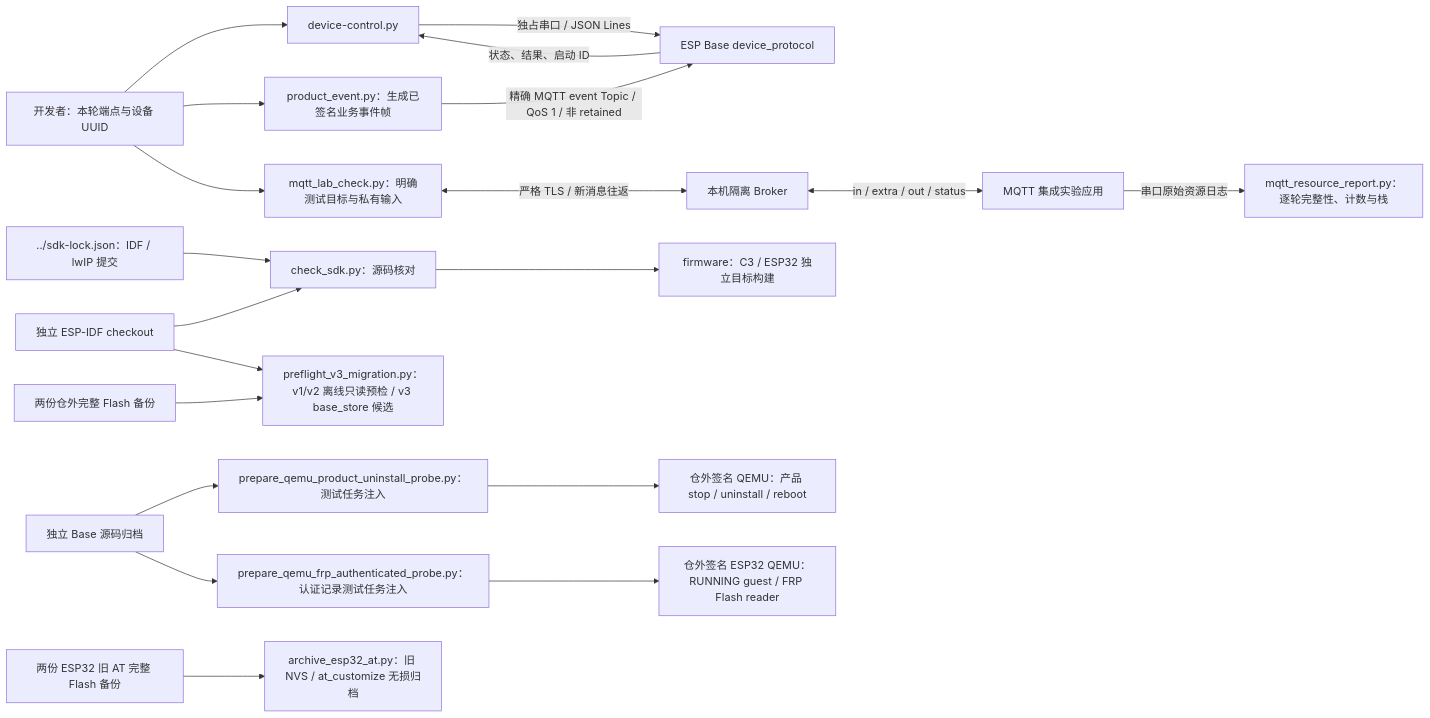
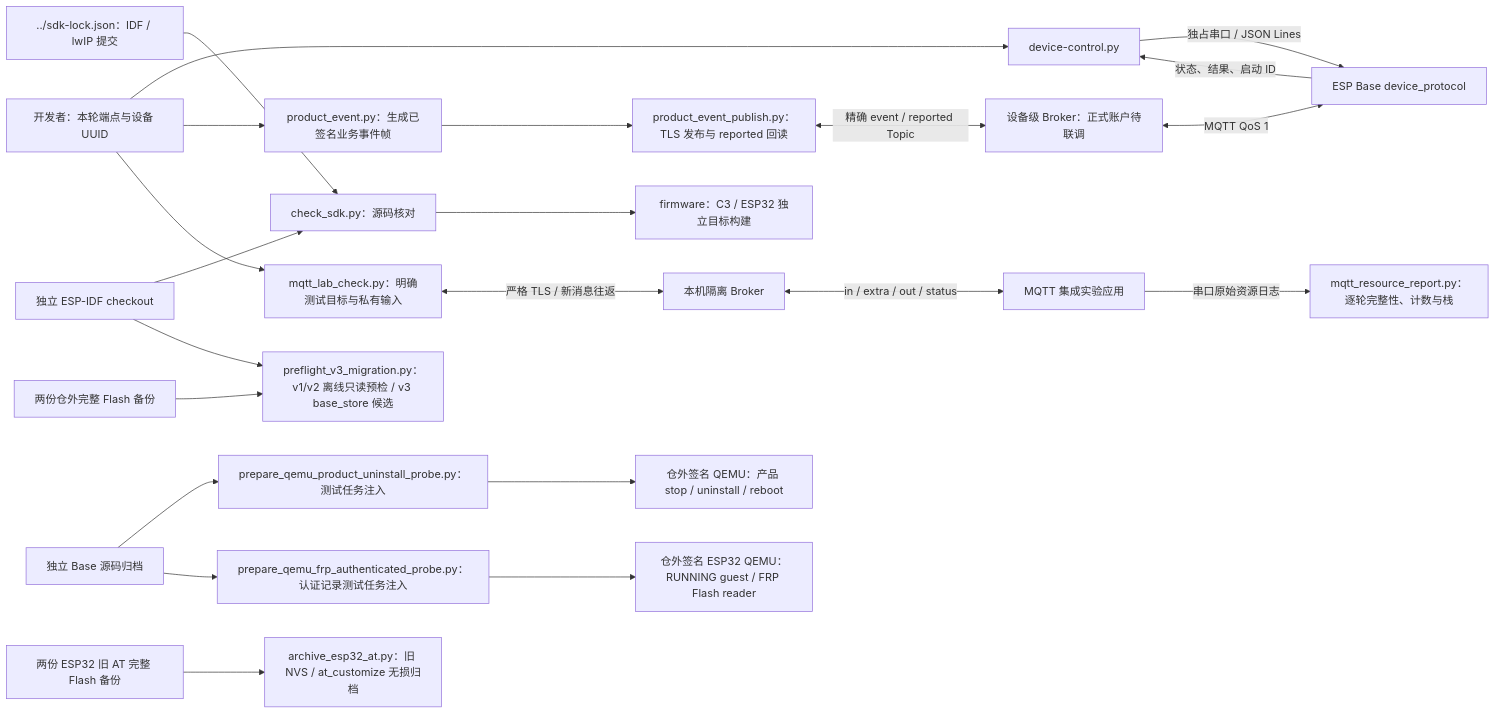
The diagram in tools/README.md (darren-you/esp-base), drawn with Mermaid before and after one commit. The commit also changed other lines of this file and 4 other files, not shown here.

````diff
--- a/tools/README.md
+++ b/tools/README.md
@@ -7,22 +7,24 @@
 ```mermaid
 flowchart LR
     user["开发者：本轮端点与设备 UUID"] --> cli["device-control.py"]
     cli -->|"独占串口 / JSON Lines"| firmware["ESP Base device_protocol"]
     firmware -->|"状态、结果、启动 ID"| cli
     user --> event_frame["product_event.py：生成已签名业务事件帧"]
-    event_frame -->|"精确 MQTT event Topic / QoS 1 / 非 retained"| firmware
+    event_frame --> event_publish["product_event_publish.py：TLS 发布与 reported 回读"]
+    event_publish <-->|"精确 event / reported Topic"| device_broker["设备级 Broker：正式账户待联调"]
+    device_broker <-->|"MQTT QoS 1"| firmware
     user --> checker["mqtt_lab_check.py：明确测试目标与私有输入"]
     checker <-->|"严格 TLS / 新消息往返"| broker["本机隔离 Broker"]
     broker <-->|"in / extra / out / status"| lab["MQTT 集成实验应用"]
     lab -->|"串口原始资源日志"| report["mqtt_resource_report.py：逐轮完整性、计数与栈"]
     sdk_lock["../sdk-lock.json：IDF / lwIP 提交"] --> sdk_check["check_sdk.py：源码核对"]
     idf["独立 ESP-IDF checkout"] --> sdk_check
     sdk_check --> build["firmware：C3 / ESP32 独立目标构建"]
     backup["两份仓外完整 Flash 备份"] --> preflight["preflight_v3_migration.py：v1/v2 离线只读预检 / v3 base_store 候选"]
     idf --> preflight
     archive["独立 Base 源码归档"] --> uninstall_probe["prepare_qemu_product_uninstall_probe.py：测试任务注入"]
     uninstall_probe --> qemu["仓外签名 QEMU：产品 stop / uninstall / reboot"]
     archive --> frp_probe["prepare_qemu_frp_authenticated_probe.py：认证记录测试任务注入"]
     frp_probe --> frp_qemu["仓外签名 ESP32 QEMU：RUNNING guest / FRP Flash reader"]
     at_backup["两份 ESP32 旧 AT 完整 Flash 备份"] --> at_archive["archive_esp32_at.py：旧 NVS / at_customize 无损归档"]
 ```
````
